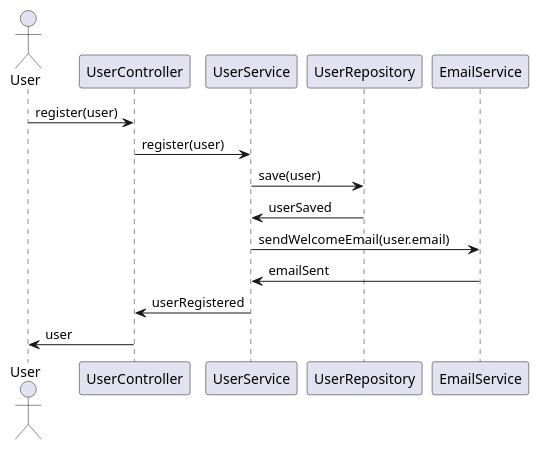
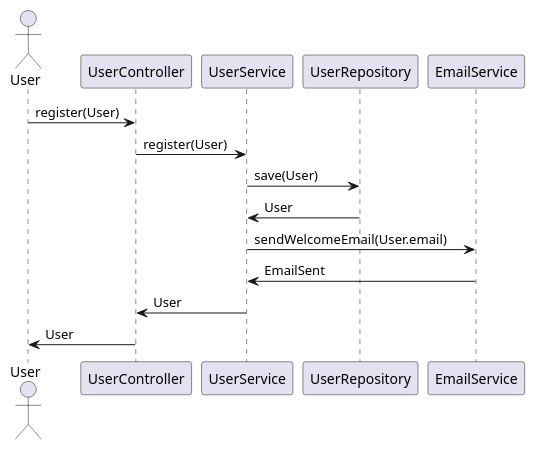
One commit to shreya-cn/autodev.ai changed the first of 6 diagrams in identityprovider/documentation/detaileddesign.adoc. Above: the diagram before and after it, drawn with PlantUML. The commit also changed other lines of this file and 7 other files, not shown here.

```diff
--- a/identityprovider/documentation/detaileddesign.adoc
+++ b/identityprovider/documentation/detaileddesign.adoc
@@ -257,19 +287,19 @@
-[plantuml, user-registration-flow, png]
+[plantuml, user-registration-sequence, png]
 ----
 @startuml
 actor User
 participant UserController
 participant UserService
 participant UserRepository
 participant EmailService
 
-User -> UserController : register(user)
-UserController -> UserService : register(user)
-UserService -> UserRepository : save(user)
-UserRepository -> UserService : userSaved
-UserService -> EmailService : sendWelcomeEmail(user.email)
-EmailService -> UserService : emailSent
-UserService -> UserController : userRegistered
-UserController -> User : user
+User -> UserController : register(User)
+UserController -> UserService : register(User)
+UserService -> UserRepository : save(User)
+UserRepository -> UserService : User
+UserService -> EmailService : sendWelcomeEmail(User.email)
+EmailService -> UserService : EmailSent
+UserService -> UserController : User
+UserController -> User : User
 @enduml
 ----
```
